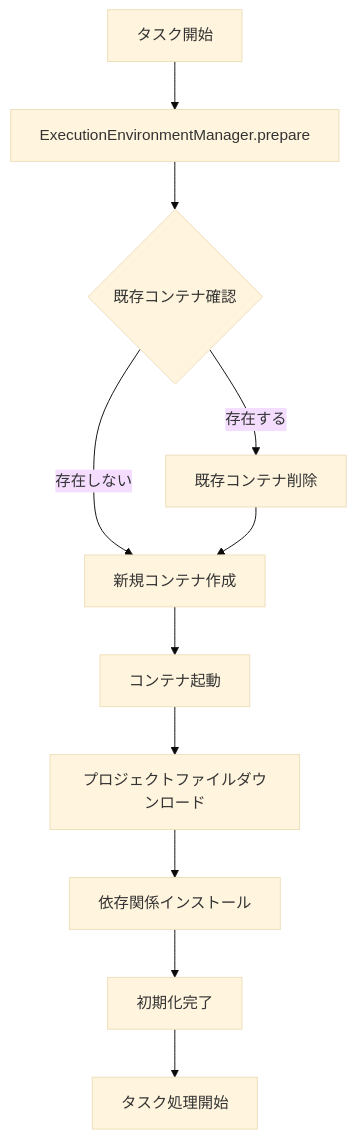
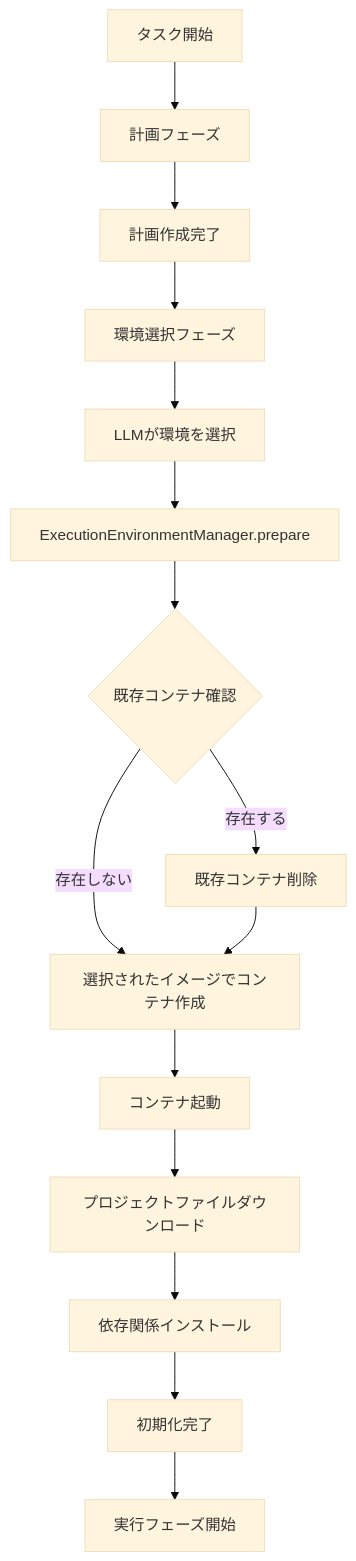
One commit to notfolder/coding_agent changed the fourth of 8 diagrams in docs/spec/COMMAND_EXECUTOR_MCP_SPECIFICATION.md. Above: the diagram before and after it, drawn with Mermaid (base theme). The commit also changed other lines of this file and 1 other file, not shown here.

First line of the commit message:
Add multi-language Docker execution environment with planning-phase selection (#109)

````diff
--- a/docs/spec/COMMAND_EXECUTOR_MCP_SPECIFICATION.md
+++ b/docs/spec/COMMAND_EXECUTOR_MCP_SPECIFICATION.md
@@ -243,13 +283,17 @@
 ```mermaid
 flowchart TD
-    A[タスク開始] --> B[ExecutionEnvironmentManager.prepare]
-    B --> C{既存コンテナ確認}
-    C -->|存在する| D[既存コンテナ削除]
-    C -->|存在しない| E[新規コンテナ作成]
-    D --> E
-    E --> F[コンテナ起動]
-    F --> G[プロジェクトファイルダウンロード]
-    G --> H[依存関係インストール]
-    H --> I[初期化完了]
-    I --> J[タスク処理開始]
+    A[タスク開始] --> B[計画フェーズ]
+    B --> C[計画作成完了]
+    C --> D[環境選択フェーズ]
+    D --> E[LLMが環境を選択]
+    E --> F[ExecutionEnvironmentManager.prepare]
+    F --> G{既存コンテナ確認}
+    G -->|存在する| H[既存コンテナ削除]
+    G -->|存在しない| I[選択されたイメージでコンテナ作成]
+    H --> I
+    I --> J[コンテナ起動]
+    J --> K[プロジェクトファイルダウンロード]
+    K --> L[依存関係インストール]
+    L --> M[初期化完了]
+    M --> N[実行フェーズ開始]
 ```
````
